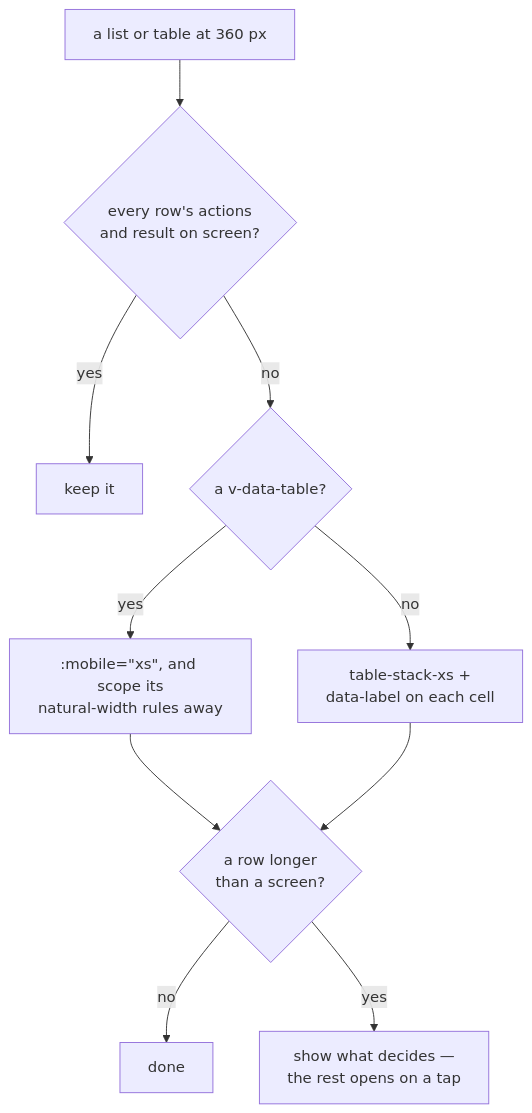
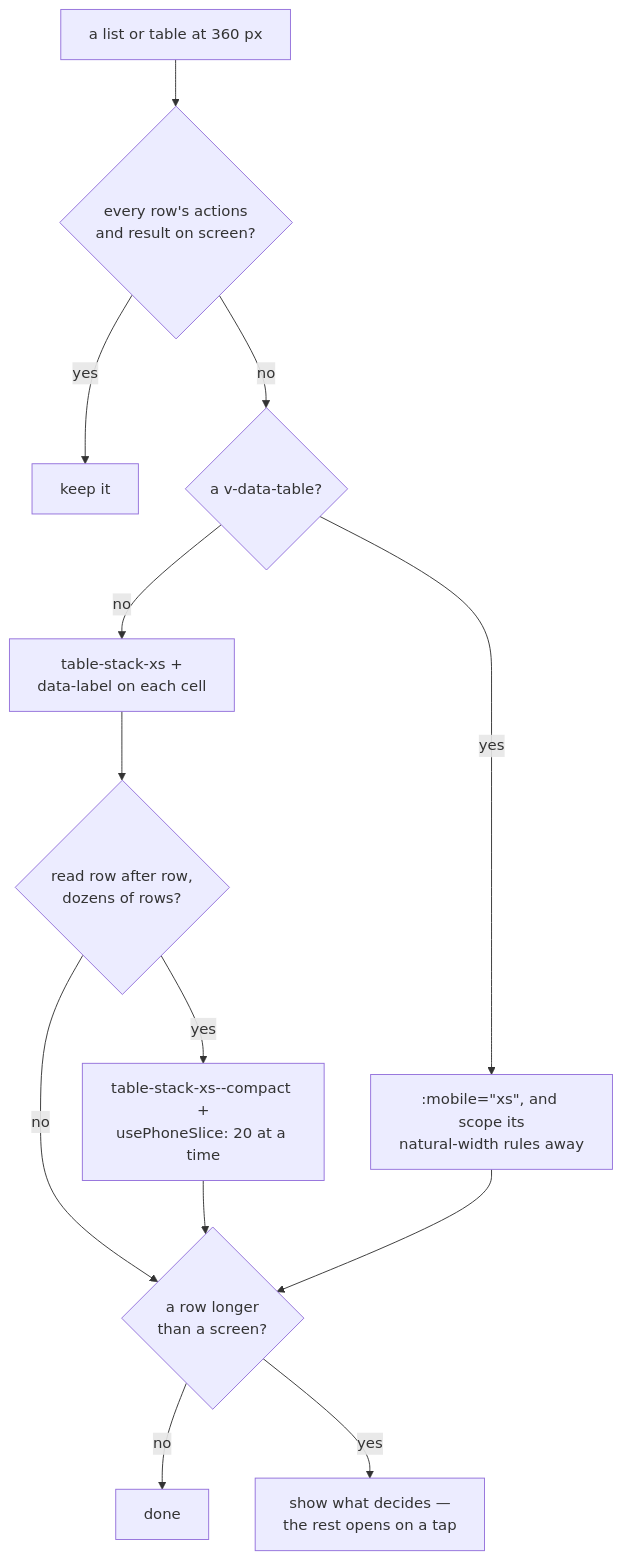
Before and after one commit to gjovanov/roomler-ai: the fifth of 5 diagrams in docs/ui.md, drawn with Mermaid. The commit also changed other lines of this file and 7 other files, not shown here.

````diff
--- a/docs/ui.md
+++ b/docs/ui.md
@@ -265,12 +266,15 @@
 ```mermaid
 flowchart TD
     T["a list or table at 360 px"] --> Q1{"every row's actions<br/>and result on screen?"}
     Q1 -- yes --> KEEP["keep it"]
     Q1 -- no --> Q2{"a v-data-table?"}
     Q2 -- yes --> MOB[":mobile=&quot;xs&quot;, and scope its<br/>natural-width rules away"]
     Q2 -- no --> STACK["table-stack-xs +<br/>data-label on each cell"]
+    STACK --> Q4{"read row after row,<br/>dozens of rows?"}
+    Q4 -- yes --> COMPACT["table-stack-xs--compact +<br/>usePhoneSlice: 20 at a time"]
+    Q4 -- no --> Q3
+    COMPACT --> Q3
     MOB --> Q3{"a row longer<br/>than a screen?"}
-    STACK --> Q3
     Q3 -- no --> DONE["done"]
     Q3 -- yes --> DEMAND["show what decides —<br/>the rest opens on a tap"]
 ```
````
